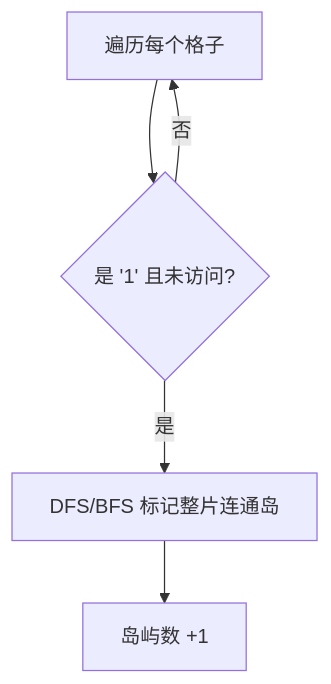
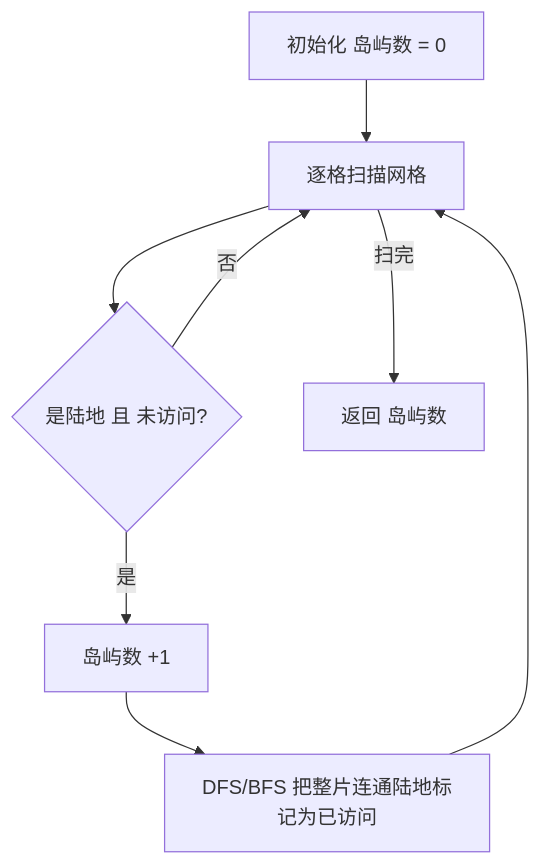
The first of 2 diagrams in 10-图论/0200-岛屿数量.md (OctalZero/hot100-py), drawn with Mermaid before and after one commit. The commit also changed other lines of this file and 117 other files, not shown here.

First line of the commit message:
feat: 全题解配图升级为「动画式 mermaid」（总览骨架 + 横向时间线逐步推演）

````diff
--- a/10-图论/0200-岛屿数量.md
+++ b/10-图论/0200-岛屿数量.md
@@ -26,7 +26,10 @@
 ```mermaid
 flowchart TD
-    A["遍历每个格子"] --> B{"是 '1' 且未访问?"}
-    B -- "是" --> C["DFS/BFS 标记整片连通岛"]
-    C --> D["岛屿数 +1"]
-    B -- "否" --> A
+    A["初始化 岛屿数 = 0"] --> B["逐格扫描网格"]
+    B --> C{"是陆地 且 未访问?"}
+    C -->|"否"| B
+    C -->|"是"| D["岛屿数 +1"]
+    D --> E["DFS/BFS 把整片连通陆地标记为已访问"]
+    E --> B
+    B -->|"扫完"| F["返回 岛屿数"]
 ```
````
